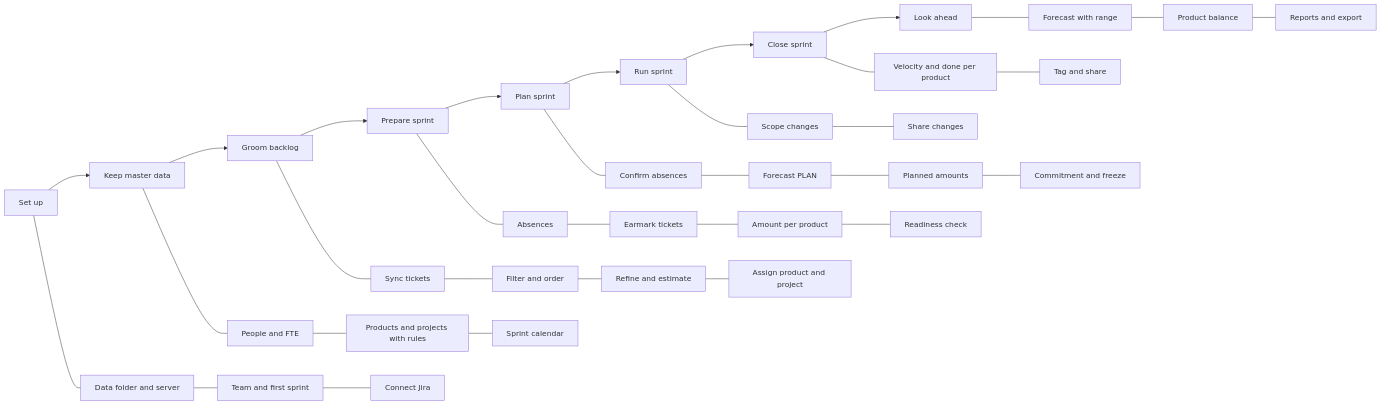
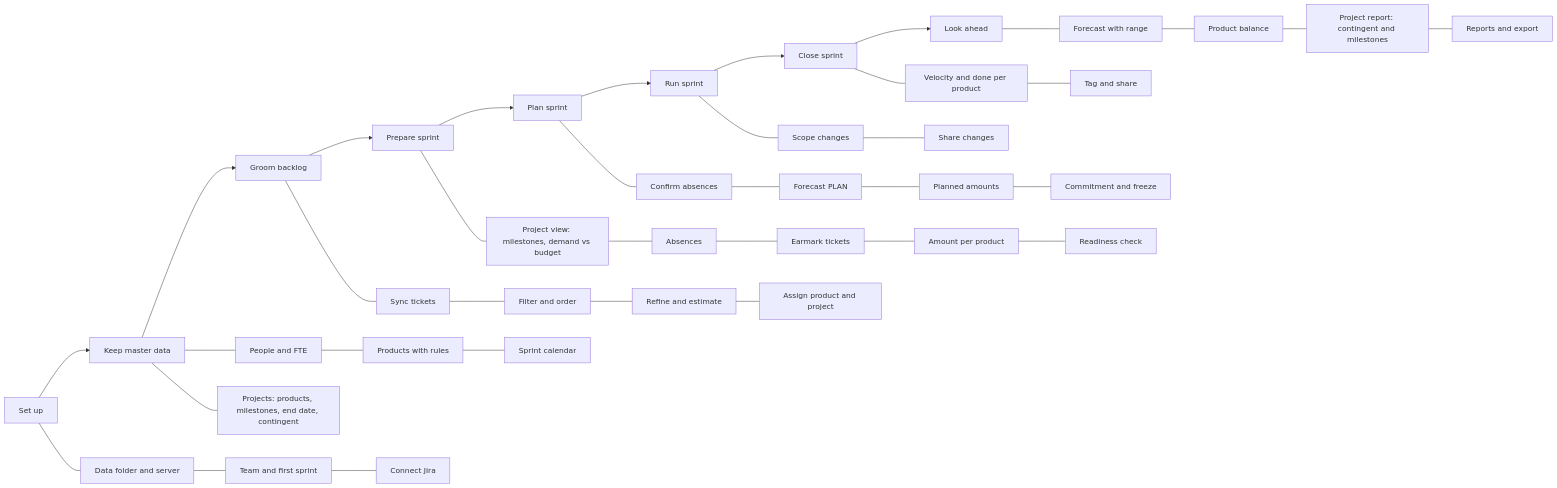
Before and after one commit to swallat/foresprint: the second of 10 diagrams in docs/redesign/flows.md, drawn with Mermaid. The commit also changed other lines of this file and 2 other files, not shown here.

First line of the commit message:
Add projects (many-to-many with products, milestones, contingents) to jobs, flows and navigation

````diff
--- a/docs/redesign/flows.md
+++ b/docs/redesign/flows.md
@@ -35,12 +61,13 @@
 ```mermaid
 flowchart LR
   A[Set up] --> B[Keep master data] --> C[Groom backlog] --> D[Prepare sprint] --> E[Plan sprint] --> F[Run sprint] --> G[Close sprint] --> H[Look ahead]
   A --- A1[Data folder and server] --- A2[Team and first sprint] --- A3[Connect Jira]
-  B --- B1[People and FTE] --- B2[Products and projects with rules] --- B3[Sprint calendar]
+  B --- B1[People and FTE] --- B2[Products with rules] --- B3[Sprint calendar]
+  B --- B4[Projects: products, milestones, end date, contingent]
   C --- C1[Sync tickets] --- C2[Filter and order] --- C3[Refine and estimate] --- C4[Assign product and project]
-  D --- D1[Absences] --- D2[Earmark tickets] --- D3[Amount per product] --- D4[Readiness check]
+  D --- D0[Project view: milestones, demand vs budget] --- D1[Absences] --- D2[Earmark tickets] --- D3[Amount per product] --- D4[Readiness check]
   E --- E1[Confirm absences] --- E2[Forecast PLAN] --- E3[Planned amounts] --- E4[Commitment and freeze]
   F --- F1[Scope changes] --- F2[Share changes]
   G --- G1[Velocity and done per product] --- G2[Tag and share]
-  H --- H1[Forecast with range] --- H2[Product balance] --- H3[Reports and export]
+  H --- H1[Forecast with range] --- H2[Product balance] --- H4[Project report: contingent and milestones] --- H3[Reports and export]
 ```
````
